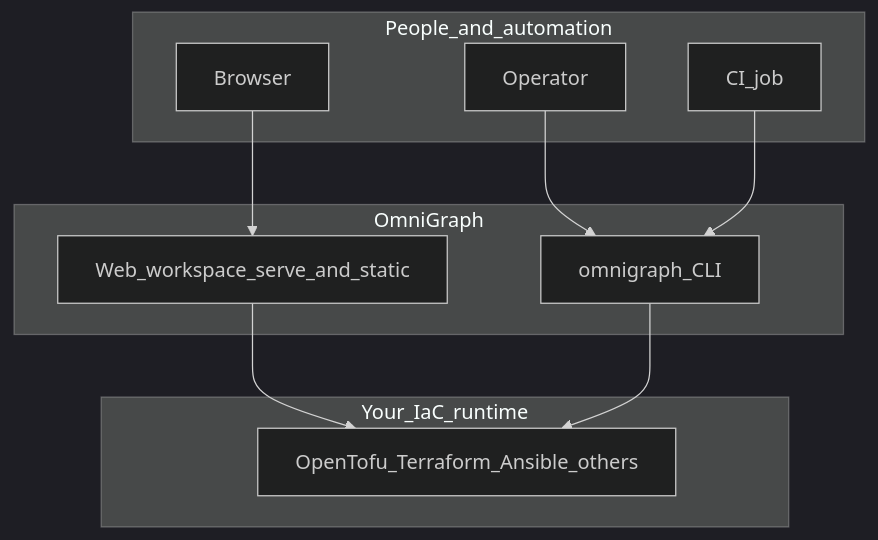
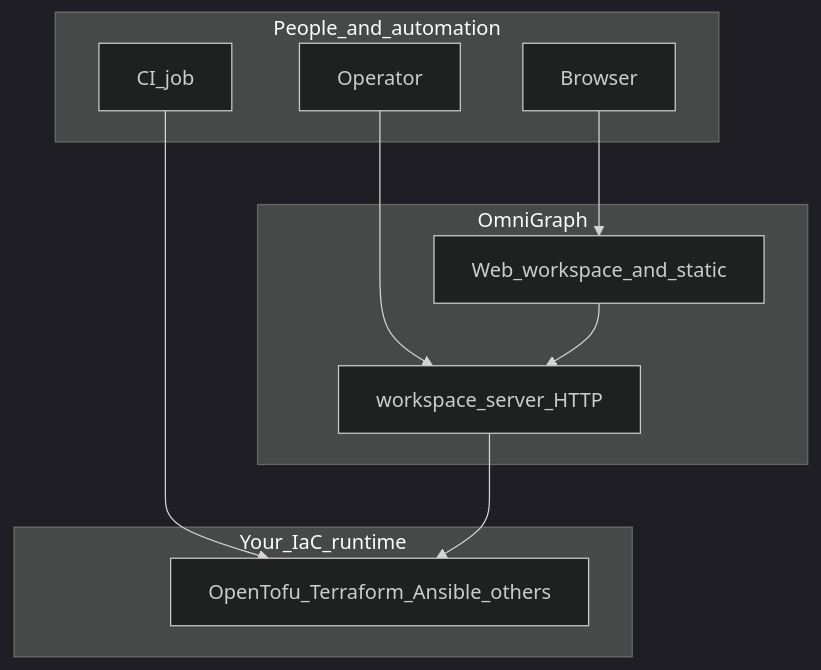
One commit to kennetholsenatm-gif/OmniGraph changed the first of 2 diagrams in docs/overview.md. Above: the diagram before and after it, drawn with Mermaid (dark theme). The commit also changed other lines of this file and 86 other files, not shown here.

First line of the commit message:
feat: human-centric narrative and workspace-server-only control plane

````diff
--- a/docs/overview.md
+++ b/docs/overview.md
@@ -39,20 +39,20 @@
 ```mermaid
 flowchart TB
   subgraph people [People_and_automation]
     Browser
     Operator
     CIJob[CI_job]
   end
   subgraph entry [OmniGraph]
-    UI[Web_workspace_serve_and_static]
-    CLI[omnigraph_CLI]
+    UI[Web_workspace_and_static]
+    SRV[workspace_server_HTTP]
   end
   subgraph external [Your_IaC_runtime]
     Tools[OpenTofu_Terraform_Ansible_others]
   end
   Browser --> UI
-  Operator --> CLI
-  CIJob --> CLI
-  UI --> Tools
-  CLI --> Tools
+  Operator --> SRV
+  CIJob --> Tools
+  UI --> SRV
+  SRV --> Tools
 ```
````
